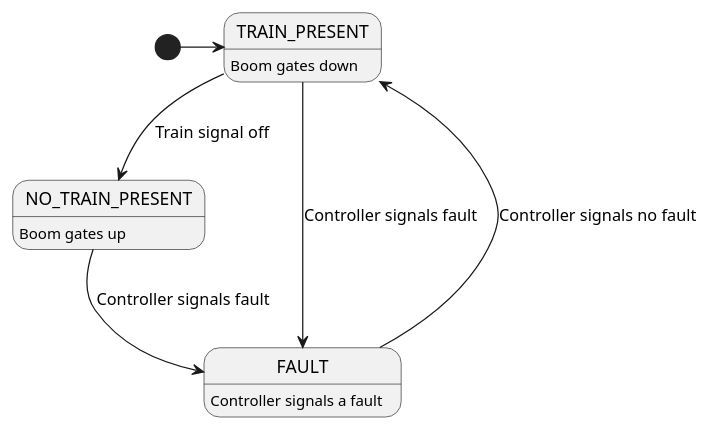
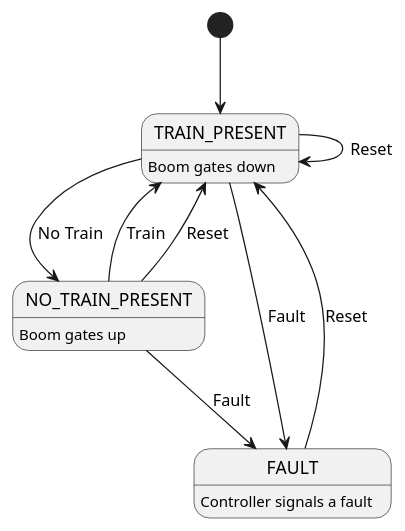
One commit to Mr4D/Traffic-Light-System changed the second of 3 diagrams in docs/state-machine.wsd. Above: the diagram before and after it, drawn with PlantUML. The commit also changed other lines of this file and 9 other files, not shown here.

Commit message:
Update diagrams

```diff
--- a/docs/state-machine.wsd
+++ b/docs/state-machine.wsd
@@ -22,15 +33,25 @@
 @startuml
 
 ' scale 500 width
-[*] -> TRAIN_PRESENT
-TRAIN_PRESENT --> NO_TRAIN_PRESENT: Train signal off
 
-NO_TRAIN_PRESENT --> FAULT: Controller signals fault
-TRAIN_PRESENT --> FAULT: Controller signals fault
-FAULT --> TRAIN_PRESENT: Controller signals no fault
+
+[*] --> TRAIN_PRESENT
+
+NO_TRAIN_PRESENT --> TRAIN_PRESENT : Train
+TRAIN_PRESENT --> NO_TRAIN_PRESENT: No Train
+NO_TRAIN_PRESENT --> FAULT: Fault
+TRAIN_PRESENT --> FAULT: Fault
+
+
+FAULT --> TRAIN_PRESENT: Reset
+TRAIN_PRESENT --> TRAIN_PRESENT: Reset
+NO_TRAIN_PRESENT --> TRAIN_PRESENT: Reset
+
+
+
 
 TRAIN_PRESENT: Boom gates down
 NO_TRAIN_PRESENT: Boom gates up
 FAULT: Controller signals a fault
 
 @enduml
```
